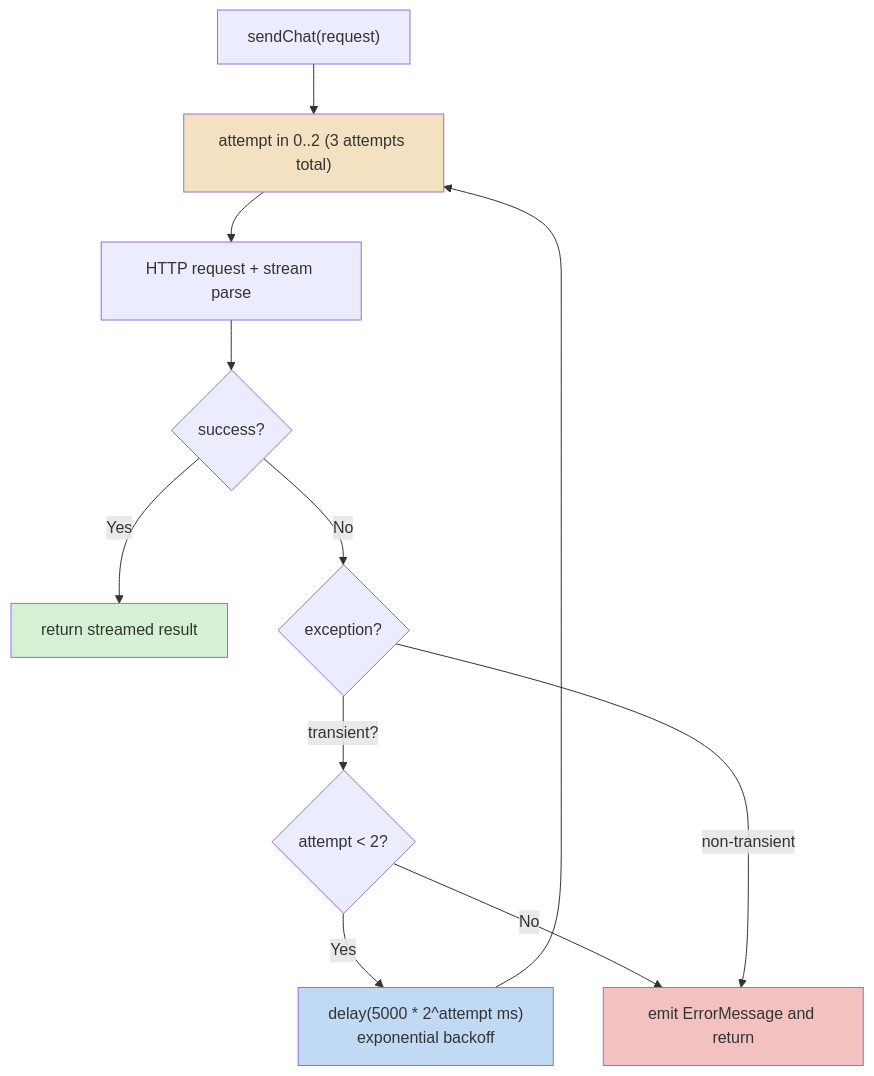
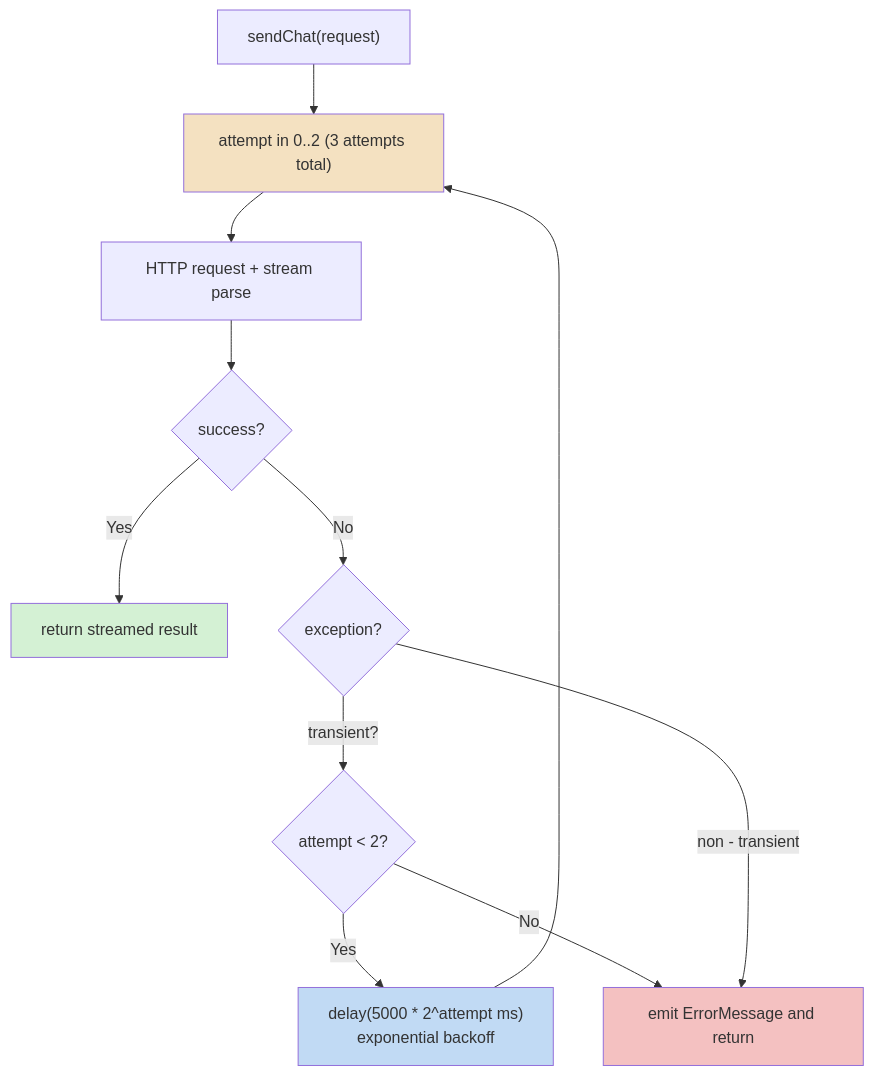
One commit to lg841226/Gradum changed diagram 15 of 27 in docs/ARCHITECTURE.md. Above: the diagram before and after it, drawn with Mermaid. The commit also changed other lines of this file and 28 other files, not shown here.

````diff
--- a/docs/ARCHITECTURE.md
+++ b/docs/ARCHITECTURE.md
@@ -936,18 +924,17 @@
 ```mermaid
 flowchart TD
     START["sendChat(request)"] --> LOOP["attempt in 0..2 (3 attempts total)"]
     LOOP --> TRY["HTTP request + stream parse"]
     TRY --> SUCCESS{success?}
     SUCCESS -->|Yes| DONE["return streamed result"]
     SUCCESS -->|No| EXCEPTION{exception?}
     EXCEPTION -->|transient?| TRANSIENT{attempt < 2?}
     TRANSIENT -->|Yes| BACKOFF["delay(5000 * 2^attempt ms)<br/>exponential backoff"]
     BACKOFF --> LOOP
     TRANSIENT -->|No| EMIT_ERR["emit ErrorMessage and return"]
-    EXCEPTION -->|non-transient| EMIT_ERR
-
-    style LOOP fill:#f4e1c1
-    style BACKOFF fill:#c1daf4
-    style DONE fill:#d4f1d4
-    style EMIT_ERR fill:#f4c1c1
+    EXCEPTION -->|non - transient| EMIT_ERR
+    style LOOP fill: #f4e1c1
+    style BACKOFF fill: #c1daf4
+    style DONE fill: #d4f1d4
+    style EMIT_ERR fill: #f4c1c1
 ```
````
